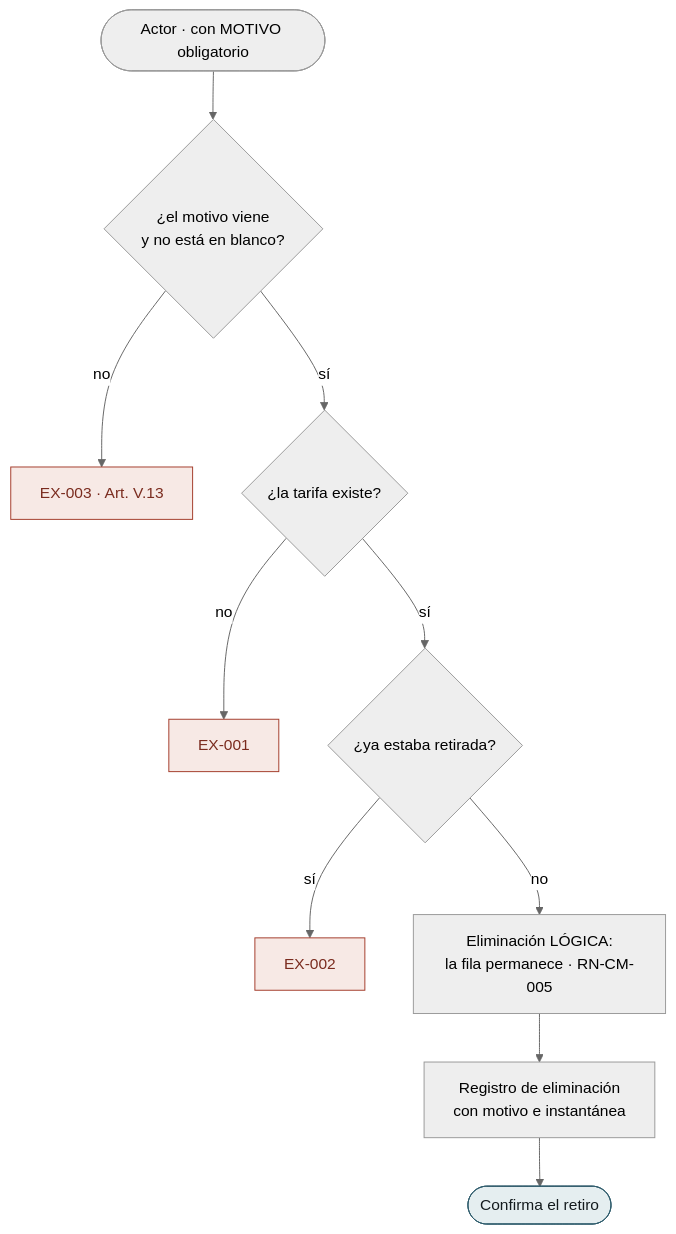
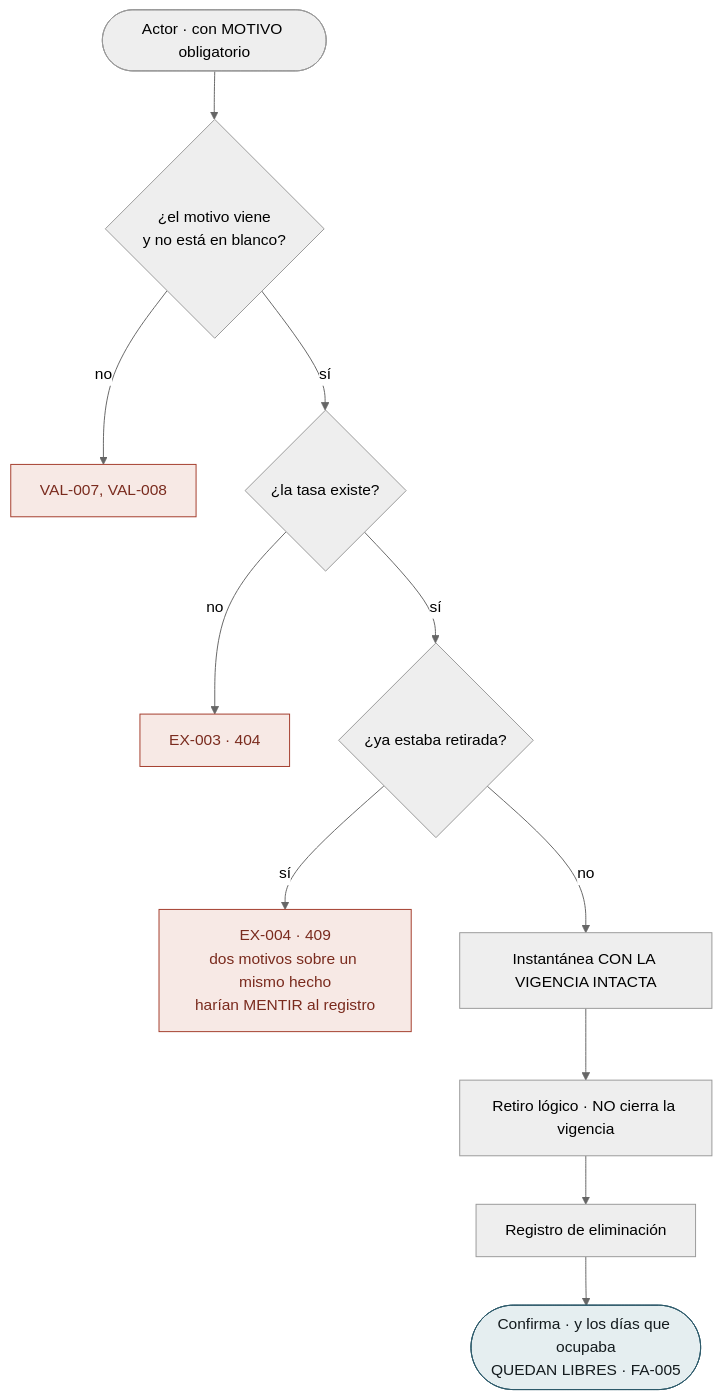
One commit to NexusPro-Dev/backend changed the eighth of 10 diagrams in docs/flujos/cm/flujos-por-caso.md. Above: the diagram before and after it, drawn with Mermaid (neutral theme). The commit also changed other lines of this file and 63 other files, not shown here.

````diff
--- a/docs/flujos/cm/flujos-por-caso.md
+++ b/docs/flujos/cm/flujos-por-caso.md
@@ -122,18 +310,19 @@
 ```mermaid
 flowchart TD
     A(["Actor · con MOTIVO obligatorio"])
     A --> V1{"¿el motivo viene<br/>y no está en blanco?"}
-    V1 -->|no| E3["EX-003 · Art. V.13"]
-    V1 -->|sí| V2{"¿la tarifa existe?"}
-    V2 -->|no| E1["EX-001"]
+    V1 -->|no| E3["VAL-007, VAL-008"]
+    V1 -->|sí| V2{"¿la tasa existe?"}
+    V2 -->|no| E1["EX-003 · 404"]
     V2 -->|sí| V3{"¿ya estaba retirada?"}
-    V3 -->|sí| E2["EX-002"]
-    V3 -->|no| P1["Eliminación LÓGICA:<br/>la fila permanece · RN-CM-005"]
-    P1 --> P2["Registro de eliminación<br/>con motivo e instantánea"]
-    P2 --> FIN(["Confirma el retiro"])
+    V3 -->|sí| E2["EX-004 · 409<br/>dos motivos sobre un mismo hecho<br/>harían MENTIR al registro"]
+    V3 -->|no| P0["Instantánea CON LA VIGENCIA INTACTA"]
+    P0 --> P1["Retiro lógico · NO cierra la vigencia"]
+    P1 --> P2["Registro de eliminación"]
+    P2 --> FIN(["Confirma · y los días que ocupaba<br/>QUEDAN LIBRES · FA-005"])
 
     classDef ex fill:#F7E9E5,stroke:#A33B2A,color:#7A2B1E
     classDef ok fill:#E5EEF0,stroke:#2D5A6B,color:#141B1E
     class E1,E2,E3 ex
     class FIN ok
 ```
````
